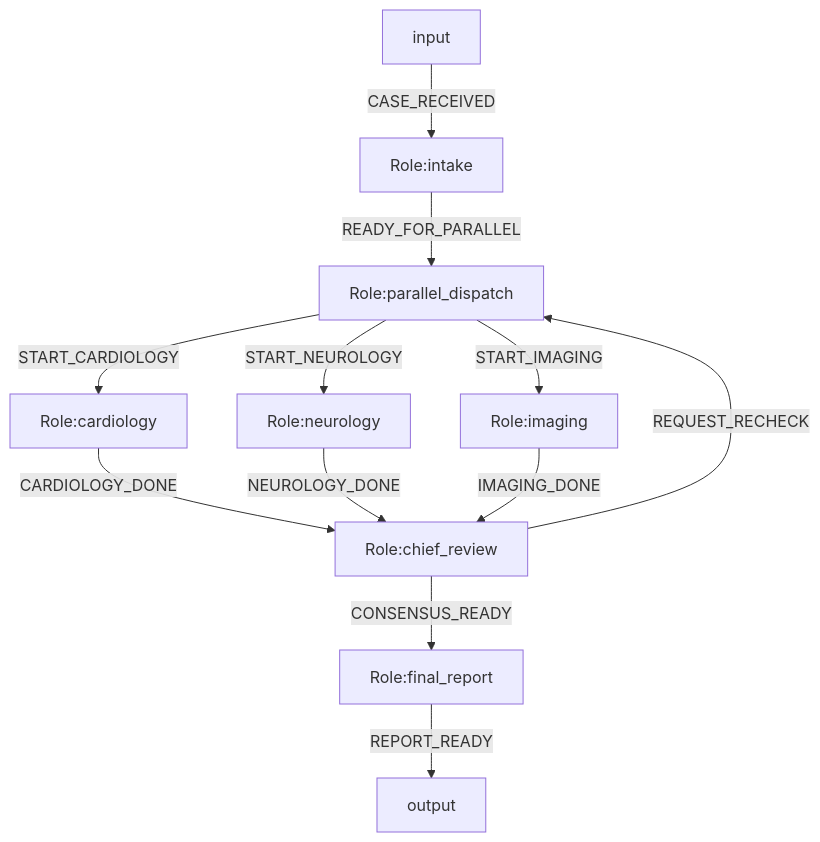
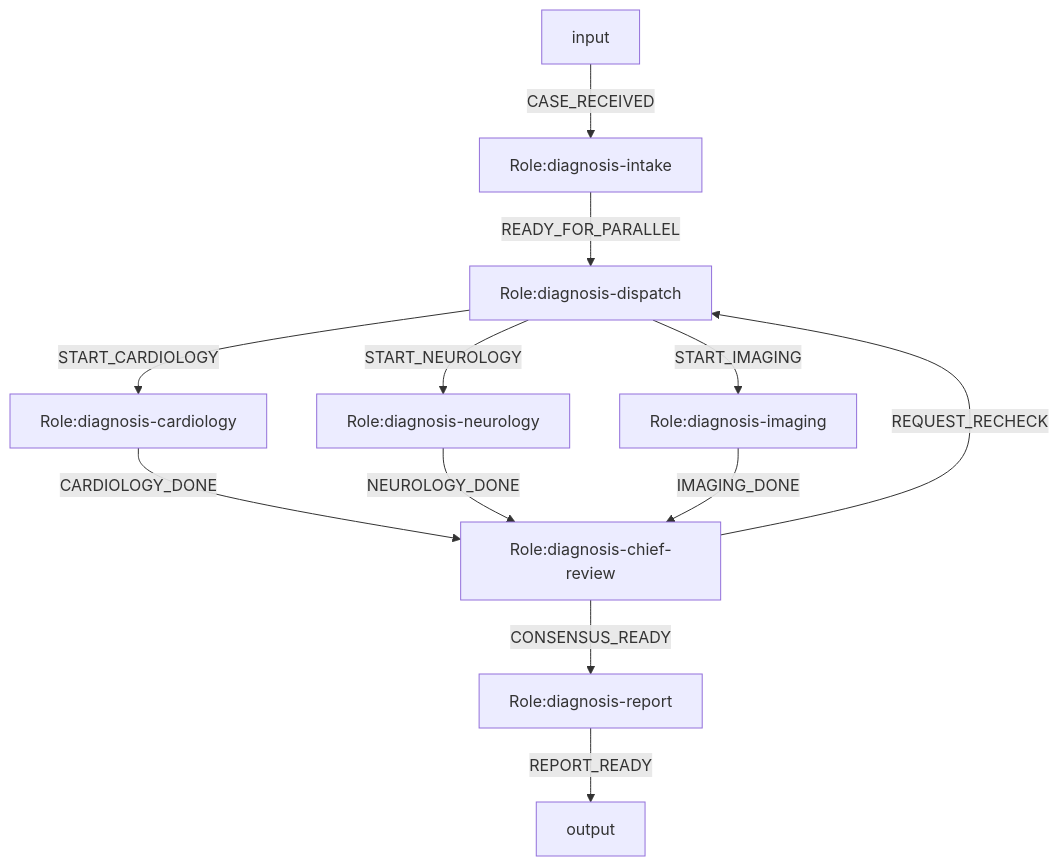
Before and after one commit to Fredericzhou/ogsystem: the diagram in examples/langgraph-expert-consultation/system.mmd, drawn with Mermaid. The commit also changed 78 other files, not shown here.

```diff
--- a/examples/langgraph-expert-consultation/system.mmd
+++ b/examples/langgraph-expert-consultation/system.mmd
@@ -1,32 +1,32 @@
 flowchart TD
 %% engine=langgraph
 %% system.id=medical.expert.consultation
 %% system.version=1.0.0
 %% law.global=law.medical.consultation.base
-%% entry.role=intake
-%% role.mode.parallel_dispatch=parallel_split
-%% join.mode.chief_review=all_of
-%% join.sources.chief_review=cardiology,neurology,imaging
-%% loop.max.parallel_dispatch=2
-%% exec.bind.intake=profile.intake.codex
-%% exec.bind.parallel_dispatch=profile.dispatch.codex
-%% exec.bind.cardiology=profile.cardiology.claude
-%% exec.bind.neurology=profile.neurology.gemini
-%% exec.bind.imaging=profile.imaging.python
-%% exec.bind.chief_review=profile.chief.codex
-%% exec.bind.final_report=profile.report.codex
+%% entry.role=diagnosis-intake
+%% role.mode.diagnosis-dispatch=parallel_split
+%% join.mode.diagnosis-chief-review=all_of
+%% join.sources.diagnosis-chief-review=diagnosis-cardiology,diagnosis-neurology,diagnosis-imaging
+%% loop.max.diagnosis-dispatch=2
+%% exec.bind.diagnosis-intake=profile.intake.codex
+%% exec.bind.diagnosis-dispatch=profile.dispatch.codex
+%% exec.bind.diagnosis-cardiology=profile.cardiology.claude
+%% exec.bind.diagnosis-neurology=profile.neurology.gemini
+%% exec.bind.diagnosis-imaging=profile.imaging.python
+%% exec.bind.diagnosis-chief-review=profile.chief.codex
+%% exec.bind.diagnosis-report=profile.report.codex
 
-input -->|CASE_RECEIVED| intake[Role:intake]
-intake[Role:intake] -->|READY_FOR_PARALLEL| parallel_dispatch[Role:parallel_dispatch]
+input -->|CASE_RECEIVED| intake[Role:diagnosis-intake]
+intake[Role:diagnosis-intake] -->|READY_FOR_PARALLEL| parallel_dispatch[Role:diagnosis-dispatch]
 
-parallel_dispatch[Role:parallel_dispatch] -->|START_CARDIOLOGY| cardiology[Role:cardiology]
-parallel_dispatch[Role:parallel_dispatch] -->|START_NEUROLOGY| neurology[Role:neurology]
-parallel_dispatch[Role:parallel_dispatch] -->|START_IMAGING| imaging[Role:imaging]
+parallel_dispatch[Role:diagnosis-dispatch] -->|START_CARDIOLOGY| cardiology[Role:diagnosis-cardiology]
+parallel_dispatch[Role:diagnosis-dispatch] -->|START_NEUROLOGY| neurology[Role:diagnosis-neurology]
+parallel_dispatch[Role:diagnosis-dispatch] -->|START_IMAGING| imaging[Role:diagnosis-imaging]
 
-cardiology[Role:cardiology] -->|CARDIOLOGY_DONE| chief_review[Role:chief_review]
-neurology[Role:neurology] -->|NEUROLOGY_DONE| chief_review[Role:chief_review]
-imaging[Role:imaging] -->|IMAGING_DONE| chief_review[Role:chief_review]
+cardiology[Role:diagnosis-cardiology] -->|CARDIOLOGY_DONE| chief_review[Role:diagnosis-chief-review]
+neurology[Role:diagnosis-neurology] -->|NEUROLOGY_DONE| chief_review[Role:diagnosis-chief-review]
+imaging[Role:diagnosis-imaging] -->|IMAGING_DONE| chief_review[Role:diagnosis-chief-review]
 
-chief_review[Role:chief_review] -->|REQUEST_RECHECK| parallel_dispatch[Role:parallel_dispatch]
-chief_review[Role:chief_review] -->|CONSENSUS_READY| final_report[Role:final_report]
-final_report[Role:final_report] -->|REPORT_READY| output
+chief_review[Role:diagnosis-chief-review] -->|REQUEST_RECHECK| parallel_dispatch[Role:diagnosis-dispatch]
+chief_review[Role:diagnosis-chief-review] -->|CONSENSUS_READY| final_report[Role:diagnosis-report]
+final_report[Role:diagnosis-report] -->|REPORT_READY| output
```
